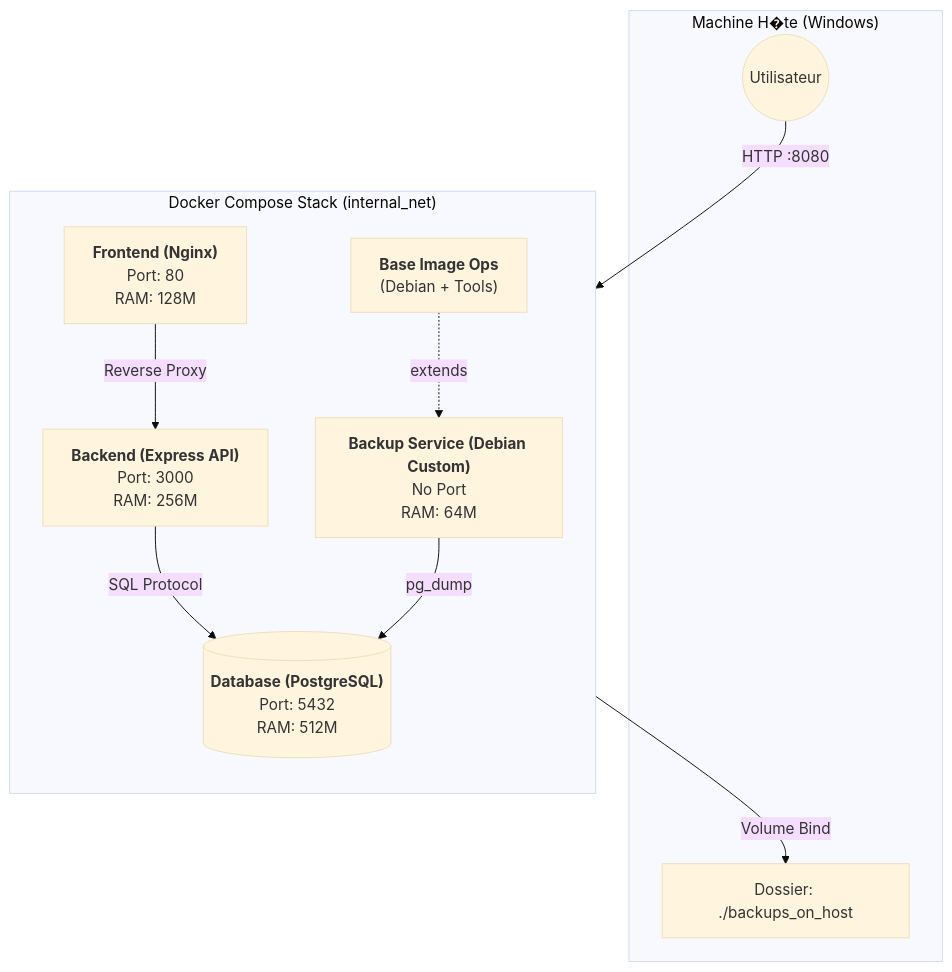
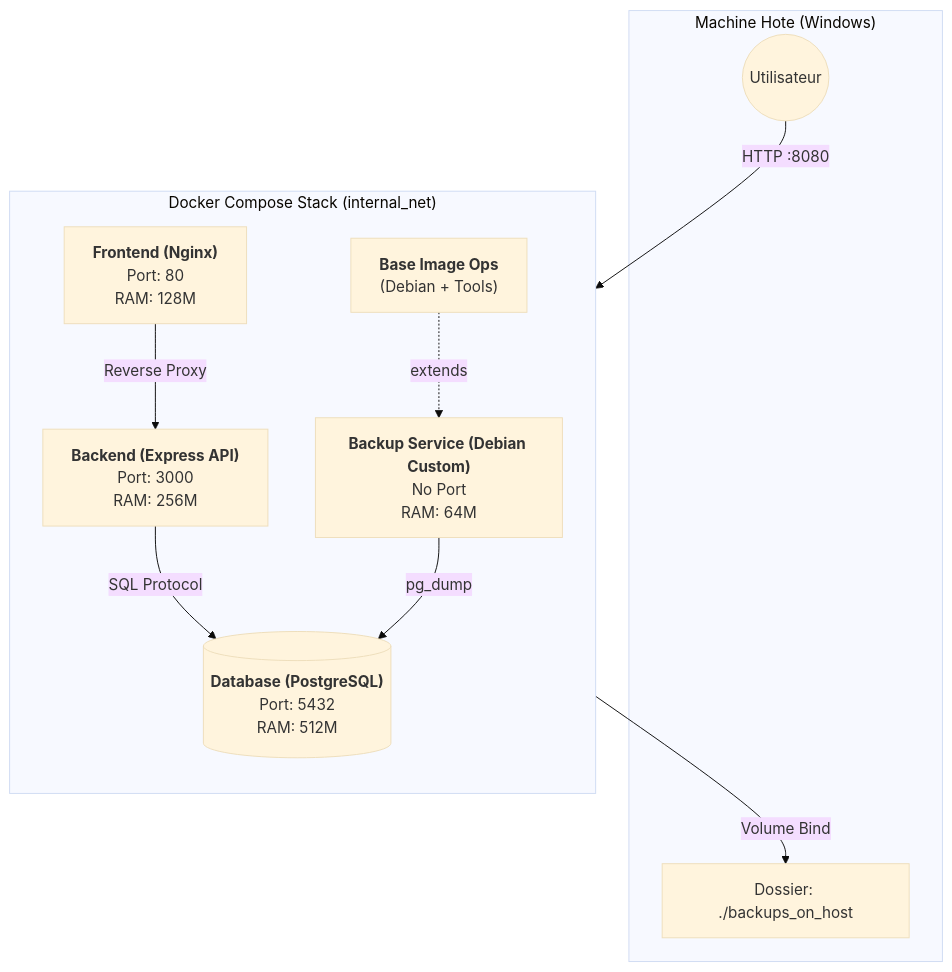
Before and after one commit to lucastrap/TPDocker: the diagram in ARCHITECTURE.md, drawn with Mermaid (base theme). The commit also changed other lines of this file and 8 other files, not shown here.

````diff
--- a/ARCHITECTURE.md
+++ b/ARCHITECTURE.md
@@ -7,26 +7,26 @@
 ```mermaid
 graph TD
-    subgraph Host_Windows ["Machine H�te (Windows)"]
+    subgraph Host_Windows ["Machine Hote (Windows)"]
         User((Utilisateur))
         HostVol["Dossier: ./backups_on_host"]
     end
 
     subgraph Docker_Stack ["Docker Compose Stack (internal_net)"]
         direction TB
         
         Front["<b>Frontend (Nginx)</b><br/>Port: 80<br/>RAM: 128M"]
         Back["<b>Backend (Express API)</b><br/>Port: 3000<br/>RAM: 256M"]
         DB[("<b>Database (PostgreSQL)</b><br/>Port: 5432<br/>RAM: 512M")]
         Backup["<b>Backup Service (Debian Custom)</b><br/>No Port<br/>RAM: 64M"]
         
         %% Inheritance
         BaseImage["<b>Base Image Ops</b><br/>(Debian + Tools)"] -.->|extends| Backup
     end
 
     %% Connections
     User -- "HTTP :8080" --> Front
     Front -- "Reverse Proxy" --> Back
     Back -- "SQL Protocol" --> DB
     Backup -- "pg_dump" --> DB
     Backup -- "Volume Bind" --> HostVol
 ```
````
